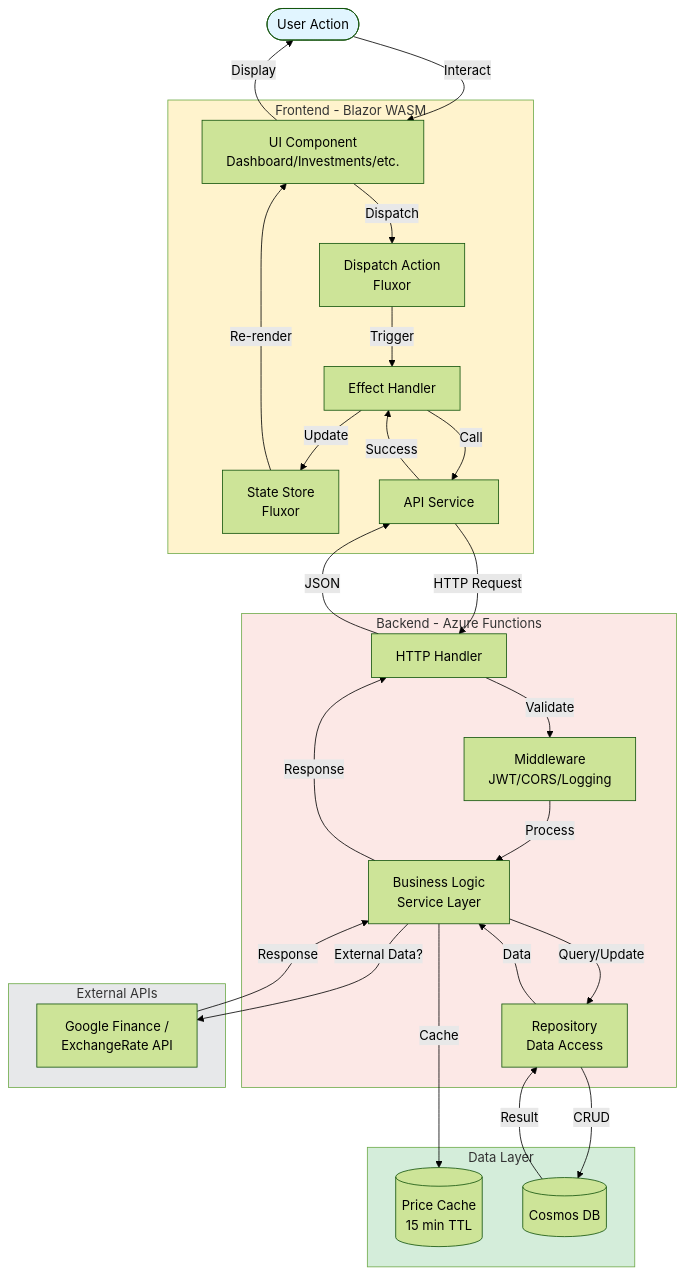
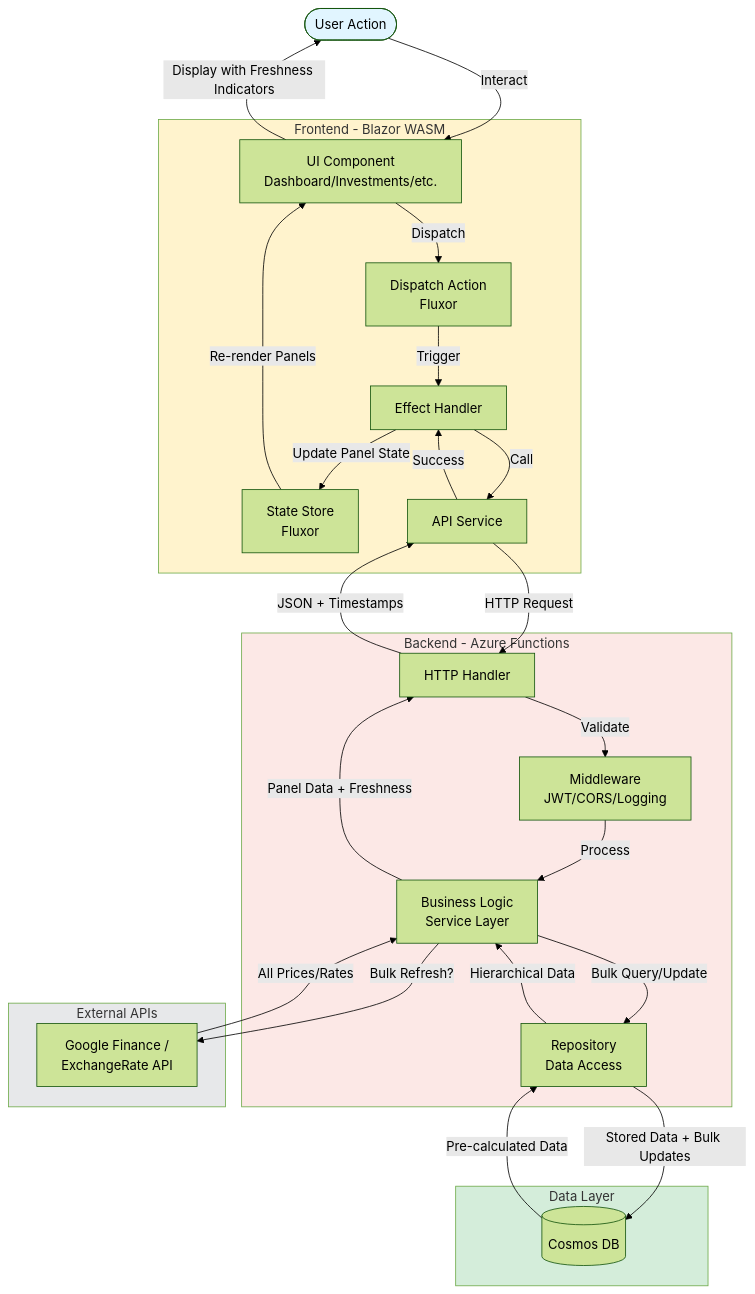
One commit to marcelrienks/Prosperity changed the third of 12 diagrams in docs/diagrams/data-flow.md. Above: the diagram before and after it, drawn with Mermaid (forest theme). The commit also changed other lines of this file and 7 other files, not shown here.

````diff
--- a/docs/diagrams/data-flow.md
+++ b/docs/diagrams/data-flow.md
@@ -47,60 +167,58 @@
 ```mermaid
 flowchart TB
     User([User Action])
     
     subgraph Frontend["Frontend - Blazor WASM"]
         UI[UI Component<br/>Dashboard/Investments/etc.]
         Action[Dispatch Action<br/>Fluxor]
         Effect[Effect Handler]
         State[State Store<br/>Fluxor]
         Service[API Service]
     end
     
     subgraph Backend["Backend - Azure Functions"]
         Handler[HTTP Handler]
         Middleware[Middleware<br/>JWT/CORS/Logging]
         Business[Business Logic<br/>Service Layer]
         Repo[Repository<br/>Data Access]
     end
     
     subgraph Data["Data Layer"]
-        Cache[(Price Cache<br/>15 min TTL)]
         DB[(Cosmos DB)]
     end
     
     subgraph External["External APIs"]
         ExtAPI[Google Finance /<br/>ExchangeRate API]
     end
     
     User -->|Interact| UI
     UI -->|Dispatch| Action
     Action -->|Trigger| Effect
     Effect -->|Call| Service
     
     Service -->|HTTP Request| Handler
     Handler -->|Validate| Middleware
     Middleware -->|Process| Business
     
-    Business -->|External Data?| ExtAPI
-    ExtAPI -->|Response| Business
-    Business -->|Cache| Cache
+    Business -->|Bulk Refresh?| ExtAPI
+    ExtAPI -->|All Prices/Rates| Business
     
-    Business -->|Query/Update| Repo
-    Repo -->|CRUD| DB
+    Business -->|Bulk Query/Update| Repo
+    Repo -->|Stored Data + Bulk Updates| DB
     
-    DB -->|Result| Repo
-    Repo -->|Data| Business
-    Business -->|Response| Handler
-    Handler -->|JSON| Service
+    DB -->|Pre-calculated Data| Repo
+    Repo -->|Hierarchical Data| Business
+    Business -->|Panel Data + Freshness| Handler
+    Handler -->|JSON + Timestamps| Service
     
     Service -->|Success| Effect
-    Effect -->|Update| State
-    State -->|Re-render| UI
-    UI -->|Display| User
+    Effect -->|Update Panel State| State
+    State -->|Re-render Panels| UI
+    UI -->|Display with Freshness Indicators| User
 
     style User fill:#e1f5ff
     style Frontend fill:#fff3cd
     style Backend fill:#fce8e6
     style Data fill:#d4edda
     style External fill:#e7e8ea
 ```
````
